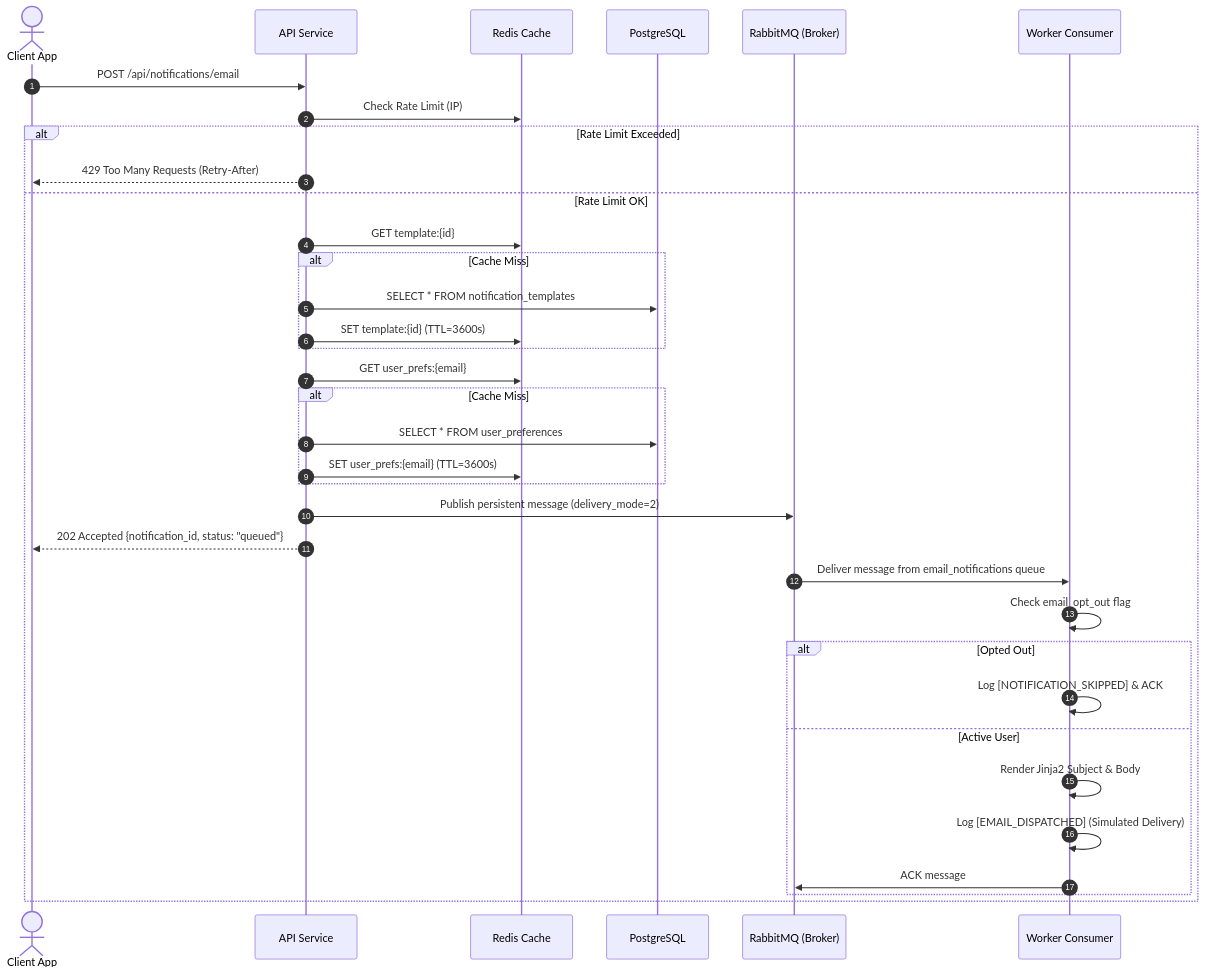
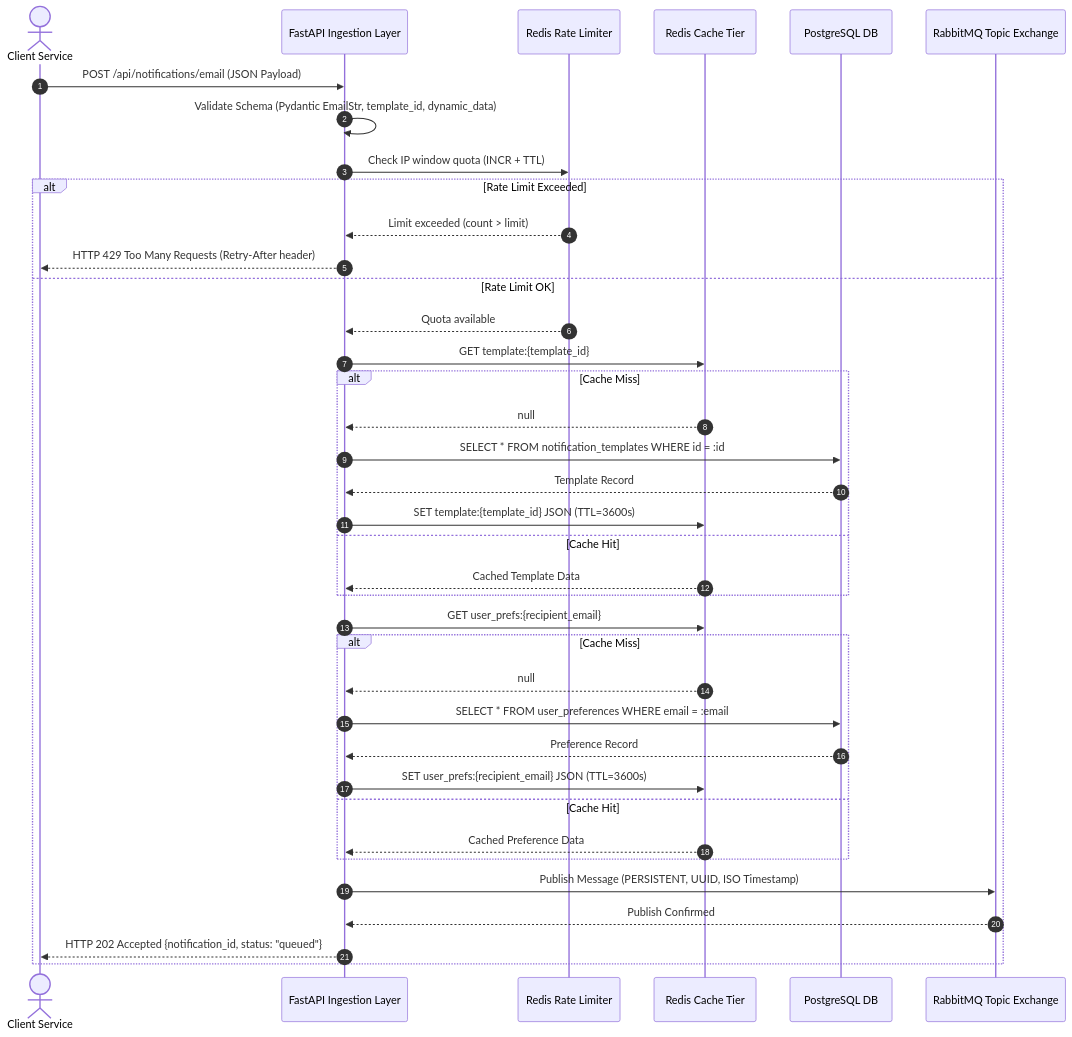
One commit to ramalokeshreddyp/notifyflow-email-service changed the second of 4 diagrams in ARCHITECTURE.md. Above: the diagram before and after it, drawn with Mermaid. The commit also changed other lines of this file and 2 other files, not shown here.

Commit message:
docs: add comprehensive README.md, architecture.md, and projectdocumentation.md with diagrams

````diff
--- a/ARCHITECTURE.md
+++ b/ARCHITECTURE.md
@@ -66,39 +95,45 @@
 ```mermaid
 sequenceDiagram
     autonumber
-    actor Client as Client App
-    participant API as API Service
-    participant Redis as Redis Cache
-    participant DB as PostgreSQL
-    participant RMQ as RabbitMQ (Broker)
-    participant Worker as Worker Consumer
+    actor Client as Client Service
+    participant API as FastAPI Ingestion Layer
+    participant RateLimiter as Redis Rate Limiter
+    participant Cache as Redis Cache Tier
+    participant DB as PostgreSQL DB
+    participant Broker as RabbitMQ Topic Exchange
 
-    Client->>API: POST /api/notifications/email
-    API->>Redis: Check Rate Limit (IP)
+    Client->>API: POST /api/notifications/email (JSON Payload)
+    API->>API: Validate Schema (Pydantic EmailStr, template_id, dynamic_data)
+    
+    API->>RateLimiter: Check IP window quota (INCR + TTL)
     alt Rate Limit Exceeded
-        API-->>Client: 429 Too Many Requests (Retry-After)
+        RateLimiter-->>API: Limit exceeded (count > limit)
+        API-->>Client: HTTP 429 Too Many Requests (Retry-After header)
     else Rate Limit OK
-        API->>Redis: GET template:{id}
+        RateLimiter-->>API: Quota available
+        
+        API->>Cache: GET template:{template_id}
         alt Cache Miss
-            API->>DB: SELECT * FROM notification_templates
-            API->>Redis: SET template:{id} (TTL=3600s)
+            Cache-->>API: null
+            API->>DB: SELECT * FROM notification_templates WHERE id = :id
+            DB-->>API: Template Record
+            API->>Cache: SET template:{template_id} JSON (TTL=3600s)
+        else Cache Hit
+            Cache-->>API: Cached Template Data
         end
-        API->>Redis: GET user_prefs:{email}
+
+        API->>Cache: GET user_prefs:{recipient_email}
         alt Cache Miss
-            API->>DB: SELECT * FROM user_preferences
-            API->>Redis: SET user_prefs:{email} (TTL=3600s)
+            Cache-->>API: null
+            API->>DB: SELECT * FROM user_preferences WHERE email = :email
+            DB-->>API: Preference Record
+            API->>Cache: SET user_prefs:{recipient_email} JSON (TTL=3600s)
+        else Cache Hit
+            Cache-->>API: Cached Preference Data
         end
-        API->>RMQ: Publish persistent message (delivery_mode=2)
-        API-->>Client: 202 Accepted {notification_id, status: "queued"}
-        
-        RMQ->>Worker: Deliver message from email_notifications queue
-        Worker->>Worker: Check email_opt_out flag
-        alt Opted Out
-            Worker->>Worker: Log [NOTIFICATION_SKIPPED] & ACK
-        else Active User
-            Worker->>Worker: Render Jinja2 Subject & Body
-            Worker->>Worker: Log [EMAIL_DISPATCHED] (Simulated Delivery)
-            Worker->>RMQ: ACK message
-        end
+
+        API->>Broker: Publish Message (PERSISTENT, UUID, ISO Timestamp)
+        Broker-->>API: Publish Confirmed
+        API-->>Client: HTTP 202 Accepted {notification_id, status: "queued"}
     end
 ```
````
